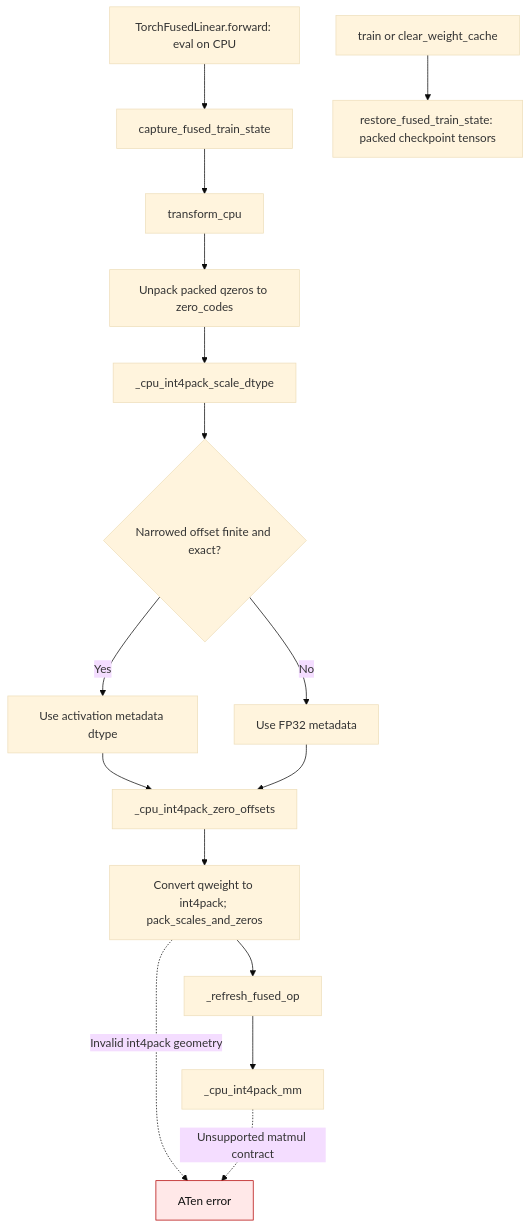
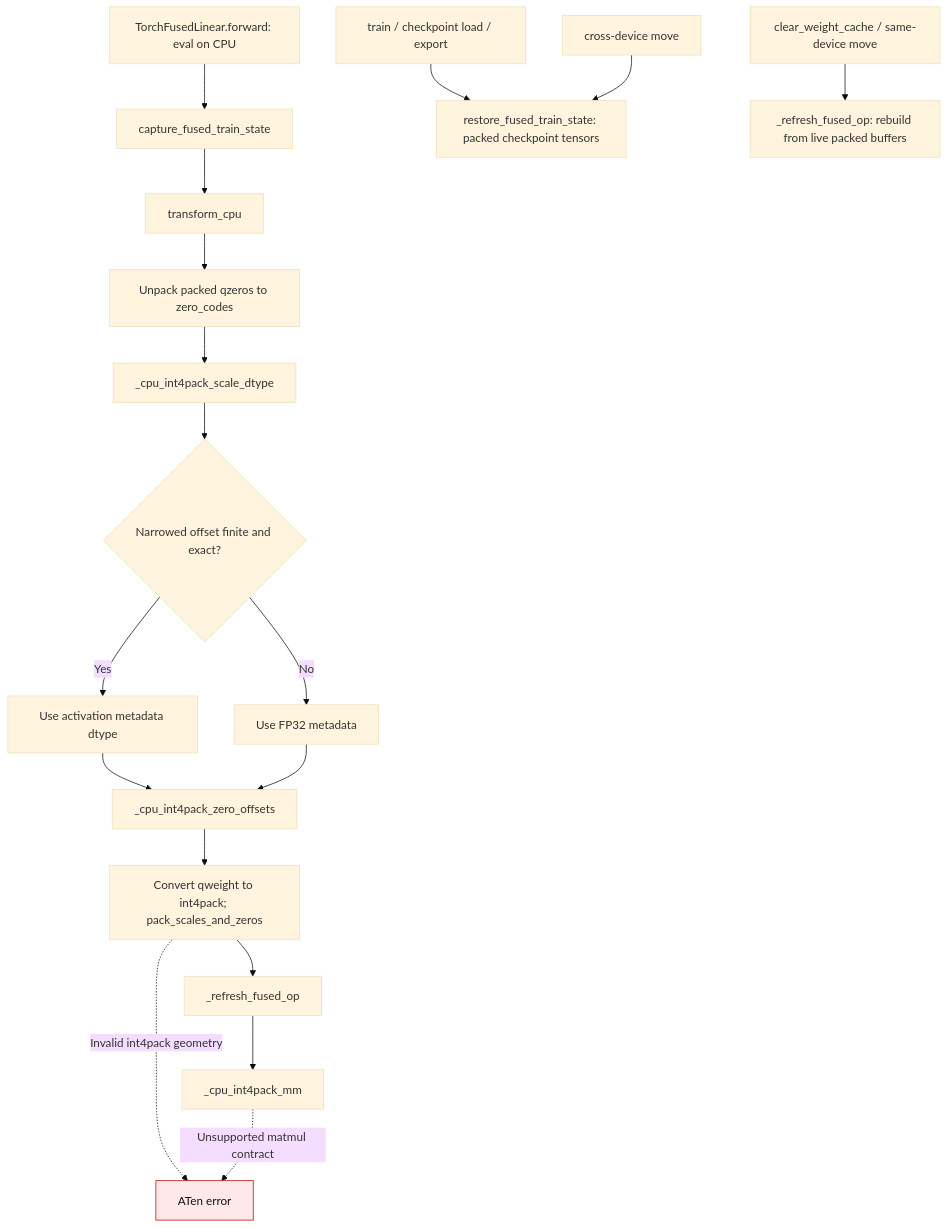
One commit to ModelCloud/GPTQModel changed the first of 5 diagrams in docs/torch_fused_int4_transformations.md. Above: the diagram before and after it, drawn with Mermaid (base theme). The commit also changed other lines of this file and 11 other files, not shown here.

First line of the commit message:
fix(cpu): keep packed buffers when clearing fused caches (#3773)

````diff
--- a/docs/torch_fused_int4_transformations.md
+++ b/docs/torch_fused_int4_transformations.md
@@ -192,20 +192,22 @@
 ```mermaid
 flowchart TD
     A["TorchFusedLinear.forward: eval on CPU"] --> B["capture_fused_train_state"]
     B --> C["transform_cpu"]
     C --> D["Unpack packed qzeros to zero_codes"]
     D --> E["_cpu_int4pack_scale_dtype"]
     E --> F{"Narrowed offset finite and exact?"}
     F -- Yes --> G["Use activation metadata dtype"]
     F -- No --> H["Use FP32 metadata"]
     G --> I["_cpu_int4pack_zero_offsets"]
     H --> I
     I --> J["Convert qweight to int4pack; pack_scales_and_zeros"]
     J --> K["_refresh_fused_op"]
     K --> L["_cpu_int4pack_mm"]
     J -. Invalid int4pack geometry .-> X["ATen error"]
     L -. Unsupported matmul contract .-> X
-    M["train or clear_weight_cache"] --> N["restore_fused_train_state: packed checkpoint tensors"]
+    M["train / checkpoint load / export"] --> N["restore_fused_train_state: packed checkpoint tensors"]
+    O["clear_weight_cache / same-device move"] --> P["_refresh_fused_op: rebuild from live packed buffers"]
+    Q["cross-device move"] --> N
     classDef failure fill:#ffe8e8,stroke:#b30000,color:#111;
     class X failure;
 ```
````
